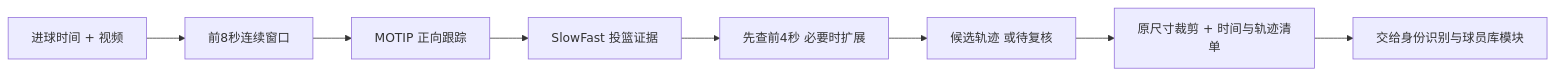
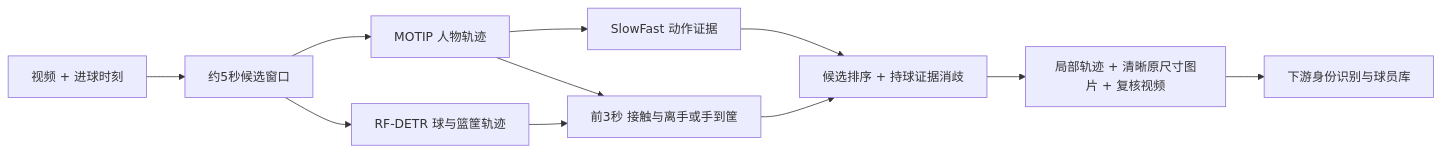
The diagram in README.md (33613/basket_cut), drawn with Mermaid before and after one commit. The commit also changed other lines of this file and 9 other files, not shown here.

````diff
--- a/README.md
+++ b/README.md
@@ -9,10 +5,13 @@
 ```mermaid
 flowchart LR
-    E[进球时间 + 视频] --> W[前8秒连续窗口]
-    W --> T[MOTIP 正向跟踪]
-    T --> A[SlowFast 投篮证据]
-    A --> R[先查前4秒 必要时扩展]
-    R --> C[候选轨迹 或待复核]
-    C --> H[原尺寸裁剪 + 时间与轨迹清单]
-    H --> I[交给身份识别与球员库模块]
+    E[视频 + 进球时刻] --> W[约5秒候选窗口]
+    W --> P[MOTIP 人物轨迹]
+    W --> B[RF-DETR 球与篮筐轨迹]
+    P --> A[SlowFast 动作证据]
+    P --> R[前3秒 接触与离手或手到筐]
+    B --> R
+    A --> S[候选排序 + 持球证据消歧]
+    R --> S
+    S --> H[局部轨迹 + 清晰原尺寸图片 + 复核视频]
+    H --> I[下游身份识别与球员库]
 ```
````
